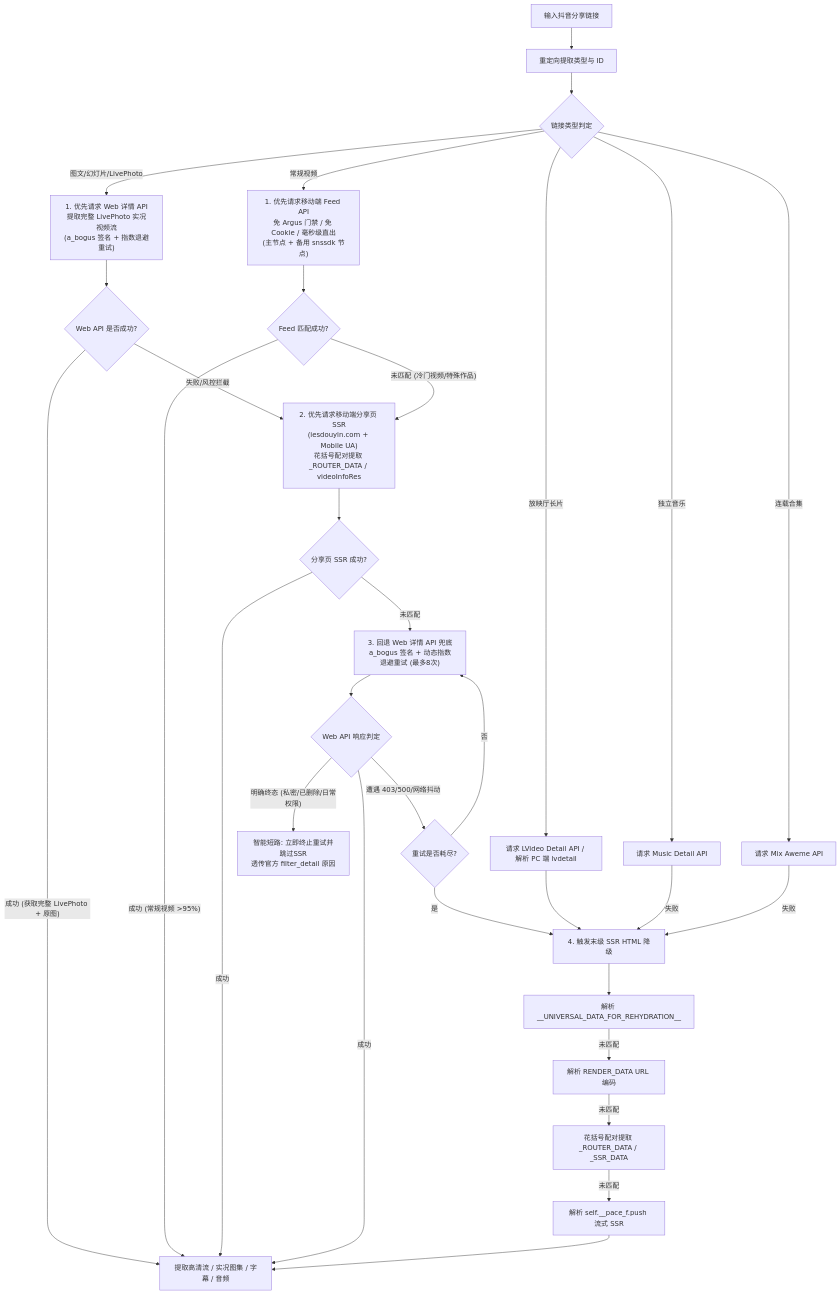
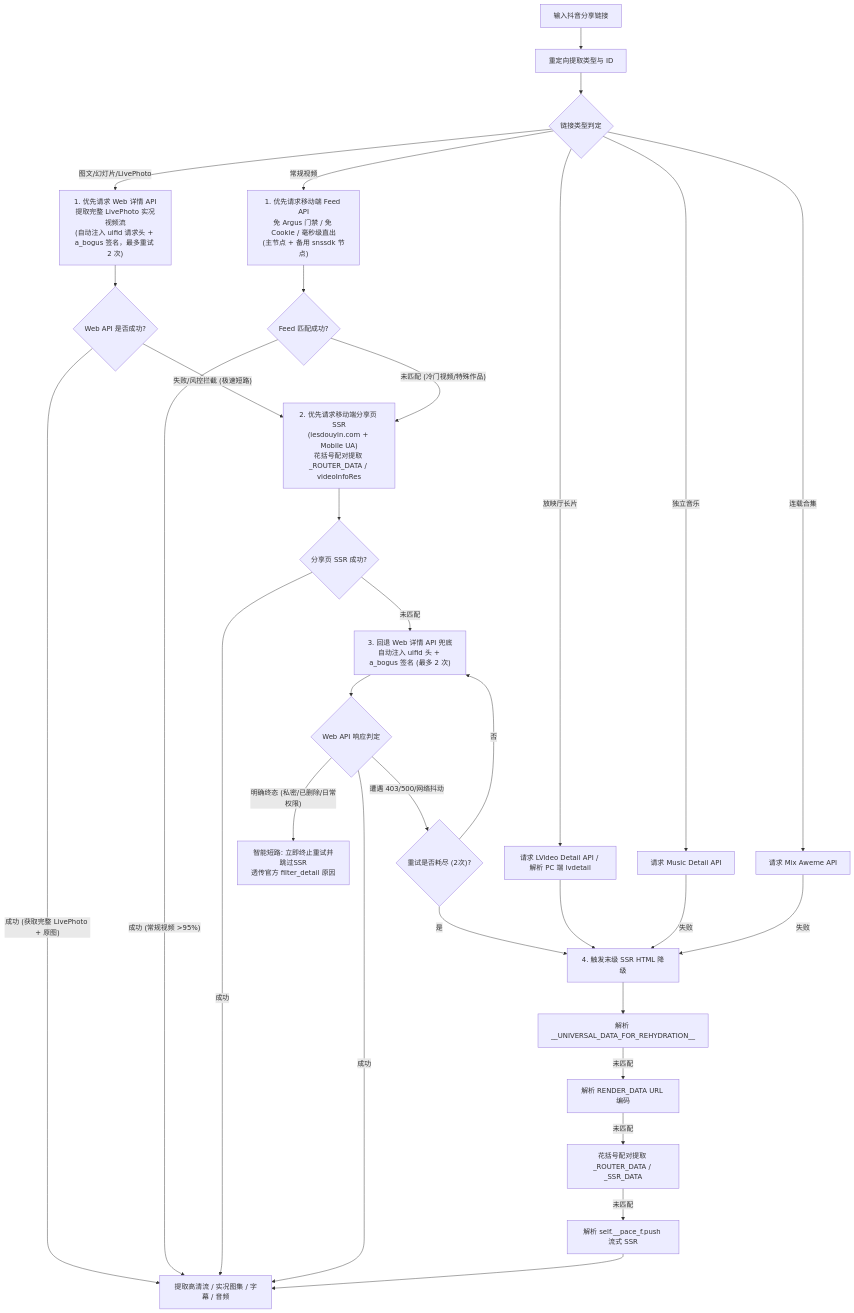
One commit to RyLattice/media-parser changed the diagram in docs/parsers/douyin.md. Above: the diagram before and after it, drawn with Mermaid. The commit also changed other lines of this file and 5 other files, not shown here.

````diff
--- a/docs/parsers/douyin.md
+++ b/docs/parsers/douyin.md
@@ -45,39 +45,39 @@
 ```mermaid
 flowchart TD
     A["输入抖音分享链接"] --> B["重定向提取类型与 ID"]
     B --> C{"链接类型判定"}
     C -->|"独立音乐"| M1["请求 Music Detail API"]
     C -->|"连载合集"| K1["请求 Mix Aweme API"]
     C -->|"放映厅长片"| L1["请求 LVideo Detail API / 解析 PC 端 lvdetail"]
-    C -->|"图文/幻灯片/LivePhoto"| W0["1. 优先请求 Web 详情 API<br/>提取完整 LivePhoto 实况视频流<br/>(a_bogus 签名 + 指数退避重试)"]
+    C -->|"图文/幻灯片/LivePhoto"| W0["1. 优先请求 Web 详情 API<br/>提取完整 LivePhoto 实况视频流<br/>(自动注入 uifid 请求头 + a_bogus 签名，最多重试 2 次)"]
     C -->|"常规视频"| F0["1. 优先请求移动端 Feed API<br/>免 Argus 门禁 / 免 Cookie / 毫秒级直出<br/>(主节点 + 备用 snssdk 节点)"]
     
     W0 --> W1{"Web API 是否成功?"}
     W1 -->|"成功 (获取完整 LivePhoto + 原图)"| E["提取高清流 / 实况图集 / 字幕 / 音频"]
-    W1 -->|"失败/风控拦截"| S0["降级至移动端分享页 SSR<br/>(至少保障静态高清原图可用)"]
+    W1 -->|"失败/风控拦截 (极速短路)"| S0["降级至移动端分享页 SSR<br/>(至少保障静态高清原图可用)"]
     
     F0 --> F1{"Feed 匹配成功?"}
     F1 -->|"成功 (常规视频 >95%)"| E
     F1 -->|"未匹配 (冷门视频/特殊作品)"| S0["2. 优先请求移动端分享页 SSR<br/>(iesdouyin.com + Mobile UA)<br/>花括号配对提取 _ROUTER_DATA / videoInfoRes"]
     
     S0 --> S1{"分享页 SSR 成功?"}
     S1 -->|"成功"| E
-    S1 -->|"未匹配"| D1["3. 回退 Web 详情 API 兜底<br/>a_bogus 签名 + 动态指数退避重试 (最多8次)"]
+    S1 -->|"未匹配"| D1["3. 回退 Web 详情 API 兜底<br/>自动注入 uifid 头 + a_bogus 签名 (最多 2 次)"]
     
     D1 --> D2{"Web API 响应判定"}
     D2 -->|"成功"| E
     D2 -->|"明确终态 (私密/已删除/日常权限)"| H["智能短路: 立即终止重试并跳过SSR<br/>透传官方 filter_detail 原因"]
-    D2 -->|"遭遇 403/500/网络抖动"| D3{"重试是否耗尽?"}
+    D2 -->|"遭遇 403/500/网络抖动"| D3{"重试是否耗尽 (2次)?"}
     D3 -->|"否"| D1
     D3 -->|"是"| F["4. 触发末级 SSR HTML 降级"]
     
     L1 --> F
     M1 -->|"失败"| F
     K1 -->|"失败"| F
     
     F --> G1["解析 __UNIVERSAL_DATA_FOR_REHYDRATION__"]
     G1 -->|"未匹配"| G2["解析 RENDER_DATA URL 编码"]
     G2 -->|"未匹配"| G3["花括号配对提取 _ROUTER_DATA / _SSR_DATA"]
     G3 -->|"未匹配"| G4["解析 self.__pace_f.push 流式 SSR"]
     G4 --> E
 ```
````
